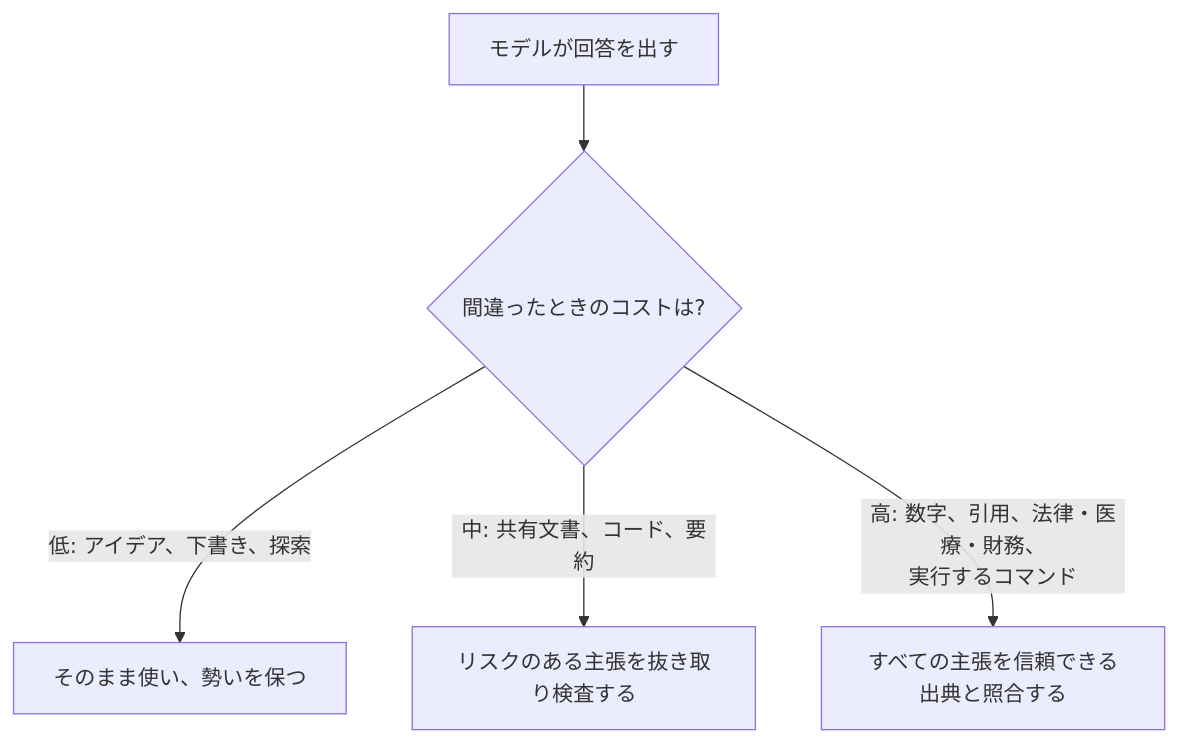
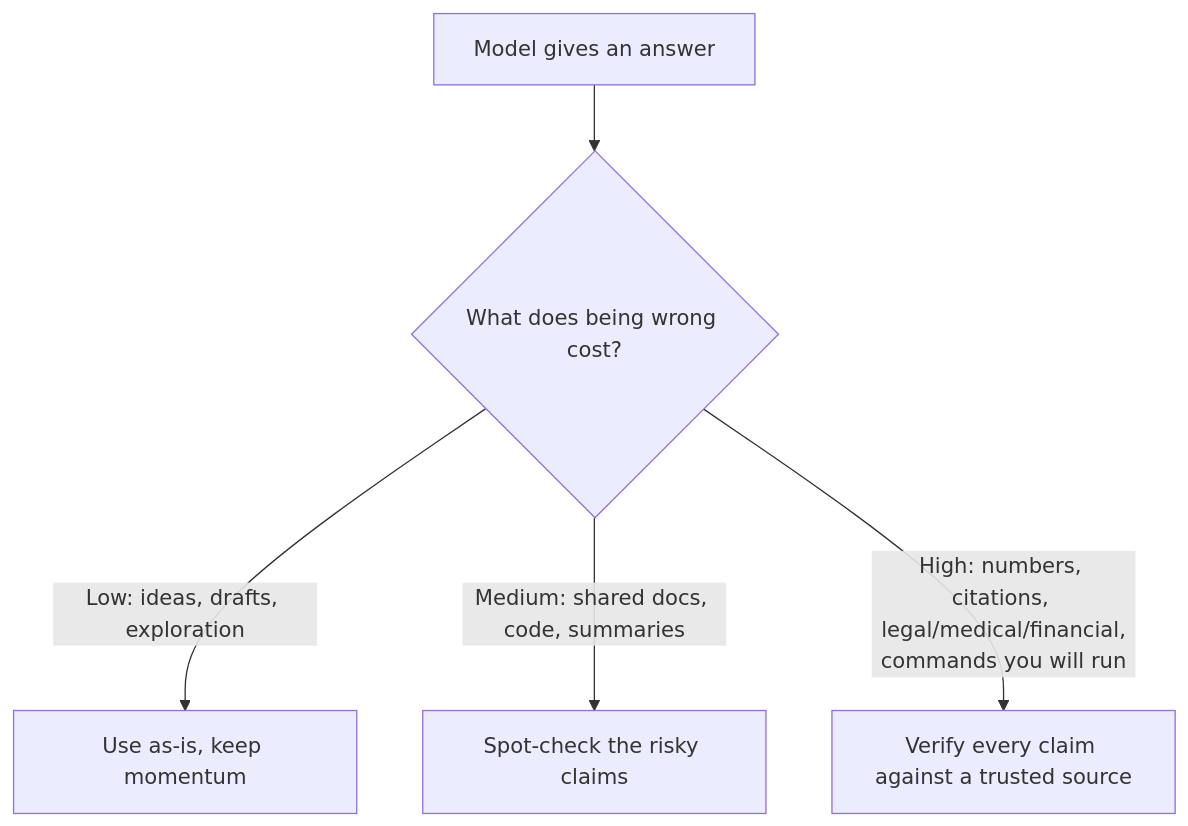
One commit to derob98/ailmanac changed the diagram in i18n/ja/docusaurus-plugin-content-docs/current/foundations/hallucinations.mdx. Above: the diagram before and after it, drawn with Mermaid. The commit also changed other lines of this file and 5 other files, not shown here.

````diff
--- a/i18n/ja/docusaurus-plugin-content-docs/current/foundations/hallucinations.mdx
+++ b/i18n/ja/docusaurus-plugin-content-docs/current/foundations/hallucinations.mdx
@@ -65,7 +67,7 @@
 ```mermaid
 flowchart TD
-  A[モデルが回答を出す] --> B{間違ったときのコストは?}
-  B -->|低: アイデア、下書き、探索| C[そのまま使い、勢いを保つ]
-  B -->|中: 共有文書、コード、要約| D[リスクのある主張を抜き取り検査する]
-  B -->|高: 数字、引用、法律・医療・財務、<br/>実行するコマンド| E[すべての主張を信頼できる出典と照合する]
+  A[Model gives an answer] --> B{What does being wrong cost?}
+  B -->|Low: ideas, drafts, exploration| C[Use as-is, keep momentum]
+  B -->|Medium: shared docs, code, summaries| D[Spot-check the risky claims]
+  B -->|High: numbers, citations, legal/medical/financial,<br/>commands you will run| E[Verify every claim against a trusted source]
 ```
````
